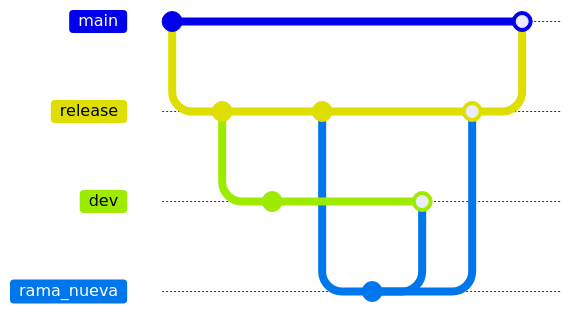
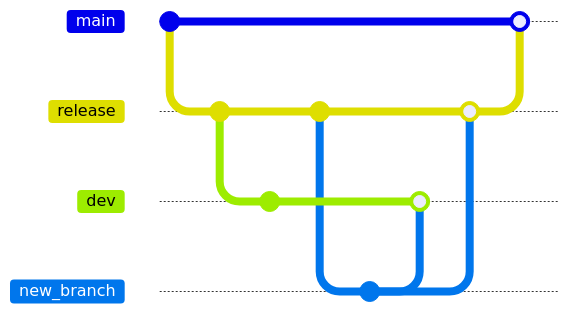
Before and after one commit to gcadelago/flixxo_challenge: the diagram in README.md, drawn with Mermaid. The commit also changed other lines of this file and 21 other files, not shown here. Commit ids are hidden.

````diff
--- a/README.md
+++ b/README.md
@@ -71,18 +71,18 @@
 ```mermaid
 gitGraph
     commit
     branch release
     commit
     branch dev
     commit
     checkout release
     commit
-    branch rama_nueva
+    branch new_branch
     commit
     checkout dev
-    merge rama_nueva
+    merge new_branch
     checkout release
-    merge rama_nueva
+    merge new_branch
     checkout main
     merge release
 ```
````
